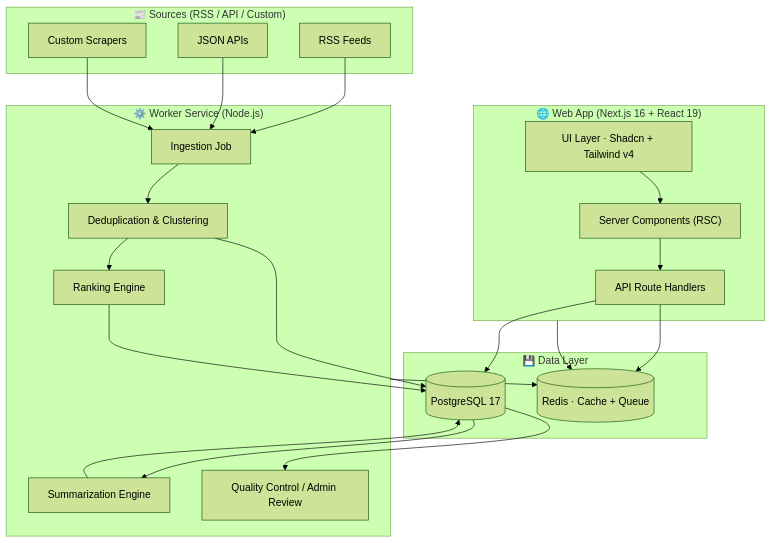
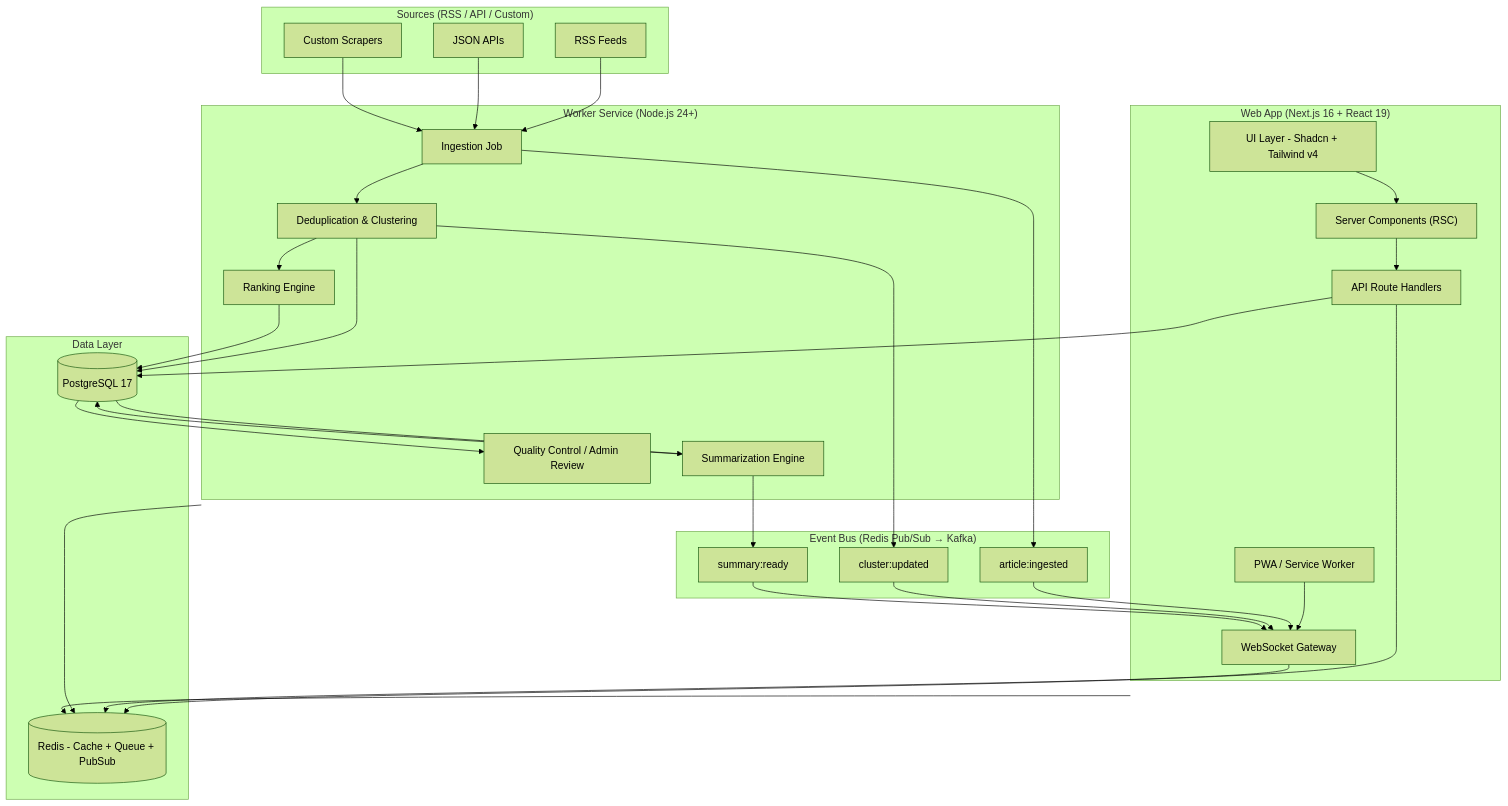
One commit to nordeim/onestopnews changed the first of 5 diagrams in Project_Architecture_Document.md. Above: the diagram before and after it, drawn with Mermaid (forest theme). The commit also changed other lines of this file and 1 other file, not shown here.

````diff
--- a/Project_Architecture_Document.md
+++ b/Project_Architecture_Document.md
@@ -59,43 +63,60 @@
 ```mermaid
 flowchart TB
-    subgraph Sources["📰 Sources (RSS / API / Custom)"]
-        RSS[RSS Feeds]
-        API[JSON APIs]
-        SCR[Custom Scrapers]
-    end
+  subgraph Sources["Sources (RSS / API / Custom)"]
+    RSS[RSS Feeds]
+    API[JSON APIs]
+    SCR[Custom Scrapers]
+  end
 
-    subgraph Workers["⚙️ Worker Service (Node.js)"]
-        INGEST["Ingestion Job"]
-        DEDUP["Deduplication & Clustering"]
-        RANK["Ranking Engine"]
-        SUM["Summarization Engine"]
-        QA["Quality Control / Admin Review"]
-    end
+  subgraph Workers["Worker Service (Node.js 24+)"]
+    INGEST["Ingestion Job"]
+    DEDUP["Deduplication & Clustering"]
+    RANK["Ranking Engine"]
+    SUM["Summarization Engine"]
+    QA["Quality Control / Admin Review"]
+  end
 
-    subgraph Web["🌐 Web App (Next.js 16 + React 19)"]
-        UI["UI Layer · Shadcn + Tailwind v4"]
-        API_L["API Route Handlers"]
-        RSC["Server Components (RSC)"]
-    end
+  subgraph Web["Web App (Next.js 16 + React 19)"]
+    UI["UI Layer - Shadcn + Tailwind v4"]
+    API_L["API Route Handlers"]
+    RSC["Server Components (RSC)"]
+    WS["WebSocket Gateway"]
+    PWA["PWA / Service Worker"]
+  end
 
-    subgraph Data["💾 Data Layer"]
-        PG[(PostgreSQL 17)]
-        REDIS[(Redis · Cache + Queue)]
-    end
+  subgraph Data["Data Layer"]
+    PG[(PostgreSQL 17)]
+    REDIS[(Redis - Cache + Queue + PubSub)]
+  end
 
-    RSS --> INGEST
-    API --> INGEST
-    SCR --> INGEST
-    INGEST --> DEDUP --> PG
-    DEDUP --> RANK --> PG
-    PG --> SUM --> PG
-    PG --> QA
+  subgraph Events["Event Bus (Redis Pub/Sub → Kafka)"]
+    EVT_ARTICLE["article:ingested"]
+    EVT_CLUSTER["cluster:updated"]
+    EVT_SUMMARY["summary:ready"]
+  end
 
-    API_L --> PG
-    API_L --> REDIS
-    RSC --> API_L
-    UI --> RSC
+  RSS --> INGEST
+  API --> INGEST
+  SCR --> INGEST
+  INGEST --> DEDUP --> PG
+  DEDUP --> RANK --> PG
+  PG --> SUM --> PG
+  PG --> QA
 
-    Workers --> REDIS
-    Web --> REDIS
+  API_L --> PG
+  API_L --> REDIS
+  RSC --> API_L
+  UI --> RSC
+  WS --> REDIS
+  PWA --> WS
+
+  Workers --> REDIS
+  Web --> REDIS
+
+  INGEST --> EVT_ARTICLE
+  DEDUP --> EVT_CLUSTER
+  SUM --> EVT_SUMMARY
+  EVT_ARTICLE --> WS
+  EVT_CLUSTER --> WS
+  EVT_SUMMARY --> WS
 ```
````
